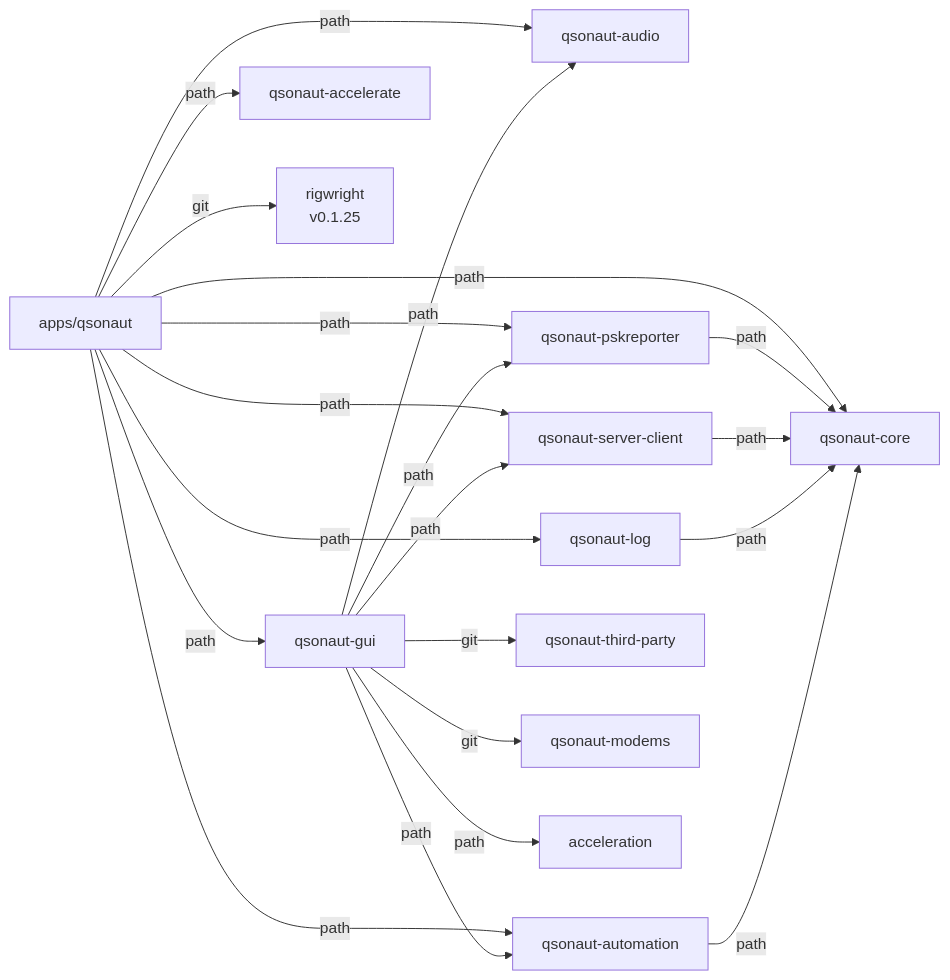
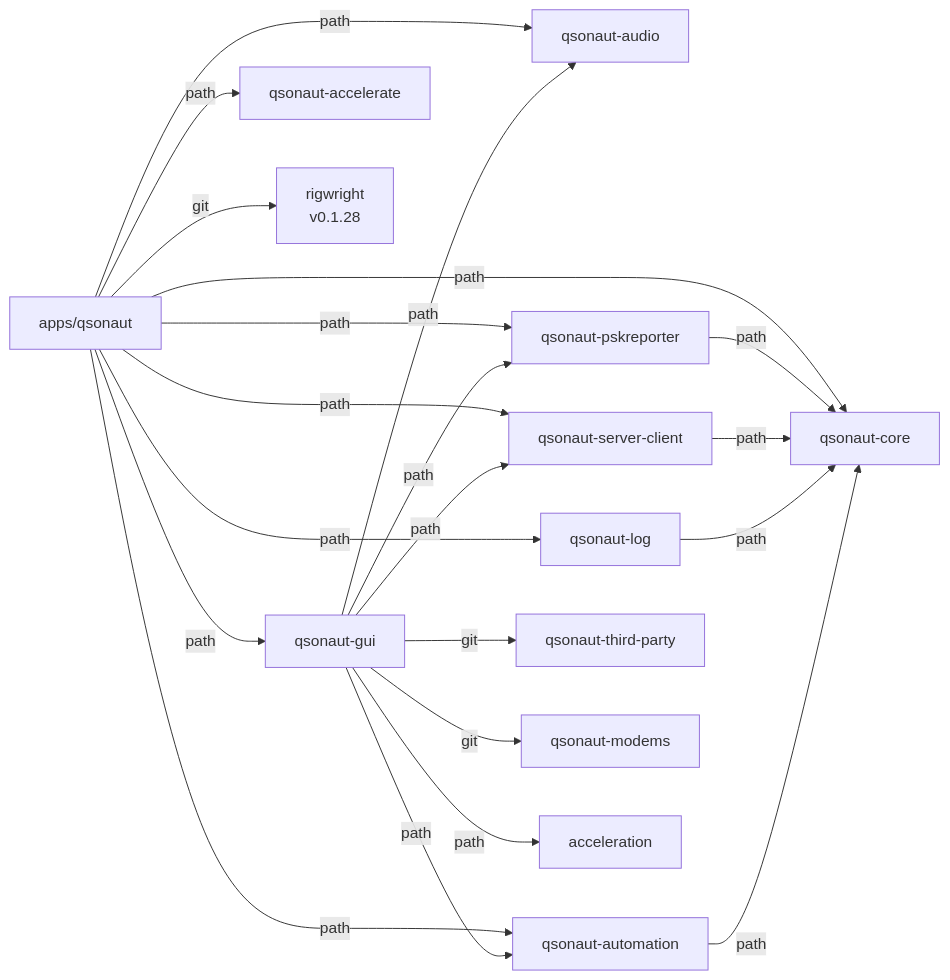
Before and after one commit to nicksbar/QSONaut: the third of 6 diagrams in docs/ARCHITECTURE.md, drawn with Mermaid. The commit also changed other lines of this file and 10 other files, not shown here.

````diff
--- a/docs/ARCHITECTURE.md
+++ b/docs/ARCHITECTURE.md
@@ -90,38 +90,38 @@
 ```mermaid
 graph LR
     qsonaut[apps/qsonaut]
     audio[qsonaut-audio]
     core[qsonaut-core]
     gui[qsonaut-gui]
     log[qsonaut-log]
     automation[qsonaut-automation]
     psk[qsonaut-pskreporter]
     server-client[qsonaut-server-client]
     accelerate[qsonaut-accelerate]
     third-party[qsonaut-third-party]
     modems[qsonaut-modems]
-    rigwright[rigwright<br/>v0.1.25]
+    rigwright[rigwright<br/>v0.1.28]
     
     qsonaut -->|path| gui
     qsonaut -->|path| core
     qsonaut -->|path| audio
     qsonaut -->|path| log
     qsonaut -->|path| automation
     qsonaut -->|path| psk
     qsonaut -->|path| server-client
     qsonaut -->|path| accelerate
     qsonaut -->|git| rigwright
     
     gui -->|git| third-party
     gui -->|git| modems
     gui -->|path| audio
     gui -->|path| acceleration
     gui -->|path| automation
     gui -->|path| server-client
     gui -->|path| psk
     
     psk -->|path| core
     server-client -->|path| core
     log -->|path| core
     automation -->|path| core
 ```
````
